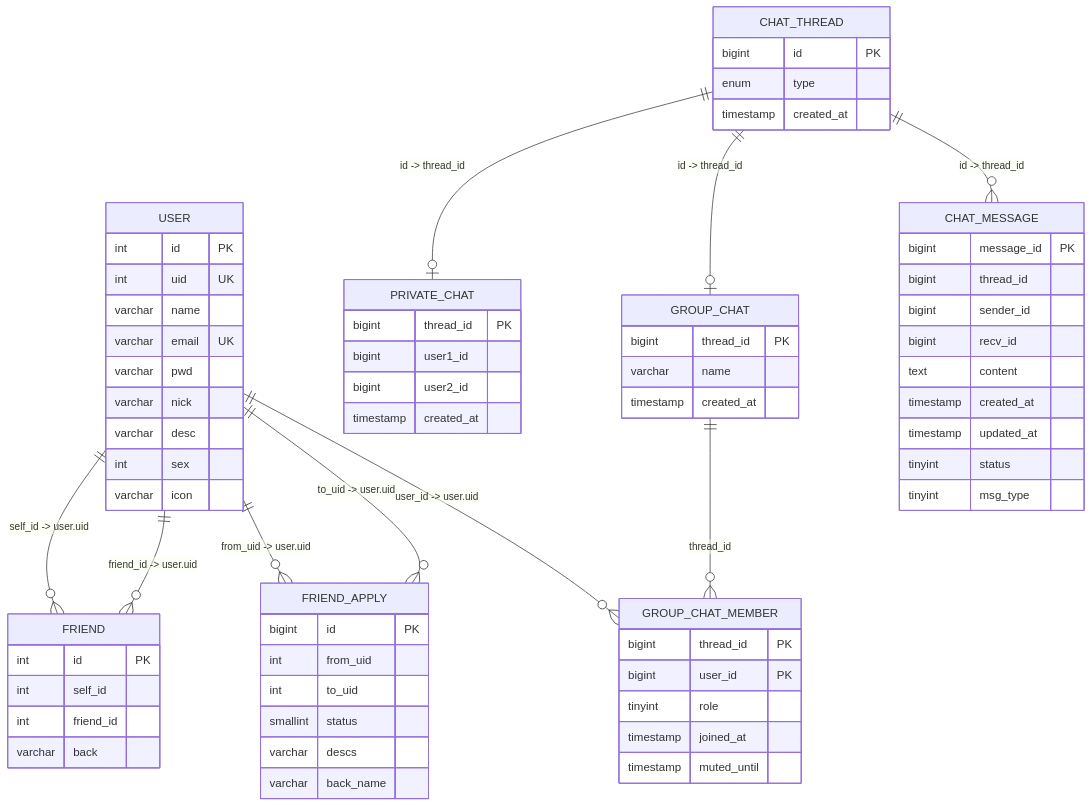
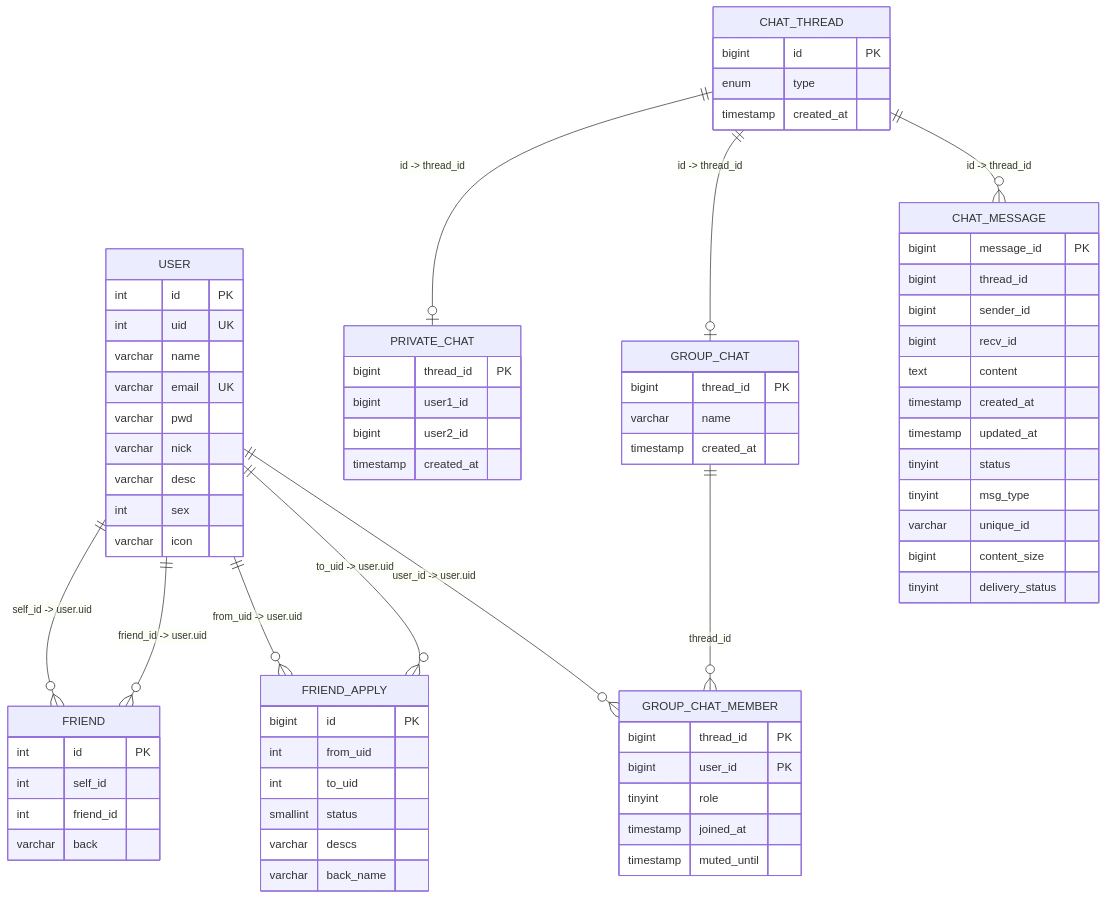
Before and after one commit to echo9923/mychatter: the fourth of 4 diagrams in .qoder/repowiki/zh/content/数据库设计/数据库表结构/数据库表结构.md, drawn with Mermaid. The commit also changed other lines of this file and 54 other files, not shown here.

````diff
--- a/.qoder/repowiki/zh/content/数据库设计/数据库表结构/数据库表结构.md
+++ b/.qoder/repowiki/zh/content/数据库设计/数据库表结构/数据库表结构.md
@@ -407,71 +450,74 @@
 ```mermaid
 erDiagram
 USER {
 int id PK
 int uid UK
 varchar name
 varchar email UK
 varchar pwd
 varchar nick
 varchar desc
 int sex
 varchar icon
 }
 CHAT_THREAD {
 bigint id PK
 enum type
 timestamp created_at
 }
 PRIVATE_CHAT {
 bigint thread_id PK
 bigint user1_id
 bigint user2_id
 timestamp created_at
 }
 GROUP_CHAT {
 bigint thread_id PK
 varchar name
 timestamp created_at
 }
 GROUP_CHAT_MEMBER {
 bigint thread_id PK
 bigint user_id PK
 tinyint role
 timestamp joined_at
 timestamp muted_until
 }
 FRIEND {
 int id PK
 int self_id
 int friend_id
 varchar back
 }
 FRIEND_APPLY {
 bigint id PK
 int from_uid
 int to_uid
 smallint status
 varchar descs
 varchar back_name
 }
 CHAT_MESSAGE {
 bigint message_id PK
 bigint thread_id
 bigint sender_id
 bigint recv_id
 text content
 timestamp created_at
 timestamp updated_at
 tinyint status
 tinyint msg_type
+varchar unique_id
+bigint content_size
+tinyint delivery_status
 }
 USER ||--o{ FRIEND : "self_id -> user.uid"
 USER ||--o{ FRIEND : "friend_id -> user.uid"
 USER ||--o{ FRIEND_APPLY : "from_uid -> user.uid"
 USER ||--o{ FRIEND_APPLY : "to_uid -> user.uid"
 USER ||--o{ GROUP_CHAT_MEMBER : "user_id -> user.uid"
 CHAT_THREAD ||--o| PRIVATE_CHAT : "id -> thread_id"
 CHAT_THREAD ||--o| GROUP_CHAT : "id -> thread_id"
 CHAT_THREAD ||--o{ CHAT_MESSAGE : "id -> thread_id"
 GROUP_CHAT ||--o{ GROUP_CHAT_MEMBER : "thread_id"
 ```
````
